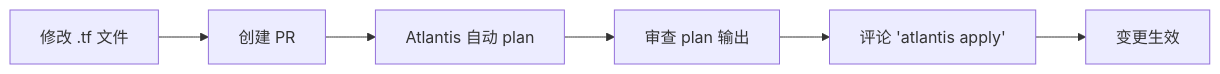
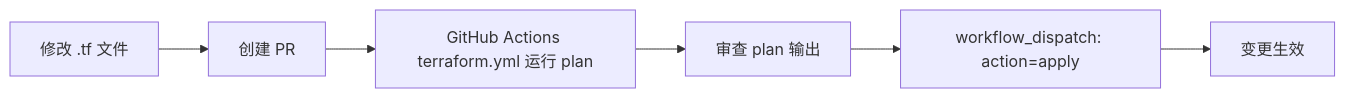
Before and after one commit to wangzitian0/infra: the first of 3 diagrams in README.md, drawn with Mermaid. The commit also changed other lines of this file and 20 other files, not shown here.

````diff
--- a/README.md
+++ b/README.md
@@ -166,8 +168,8 @@
 ```mermaid
 graph LR
     A[修改 .tf 文件] --> B[创建 PR]
-    B --> C[Atlantis 自动 plan]
+    B --> C[GitHub Actions terraform.yml 运行 plan]
     C --> D[审查 plan 输出]
-    D --> E[评论 'atlantis apply']
+    D --> E[workflow_dispatch: action=apply]
     E --> F[变更生效]
 ```
````
